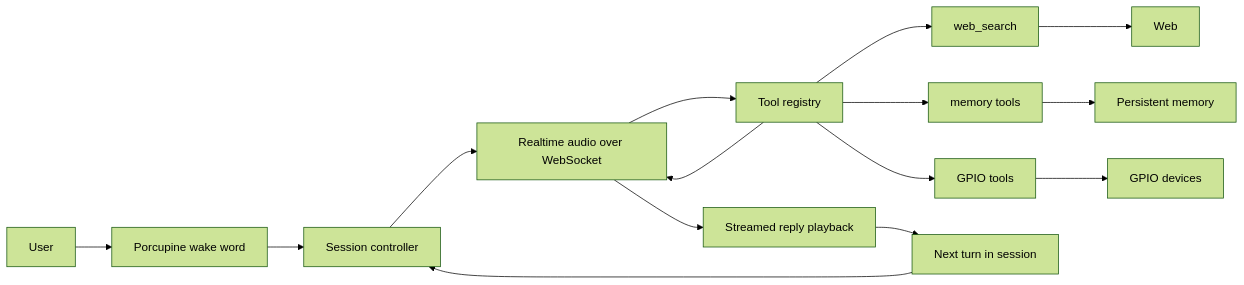
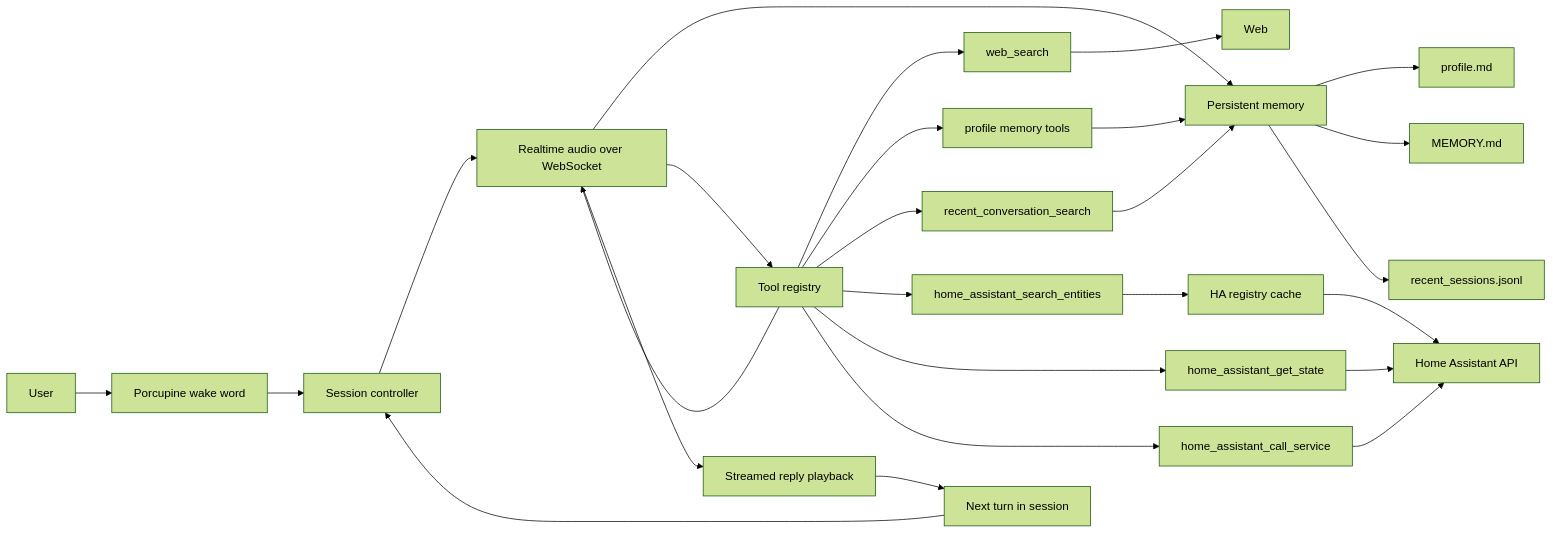
The second of 2 diagrams in README.md (herrkaefer/snowman), drawn with Mermaid (forest theme) before and after one commit. The commit also changed other lines of this file and 1 other file, not shown here.

````diff
--- a/README.md
+++ b/README.md
@@ -76,17 +76,28 @@
 ```mermaid
 flowchart LR
     user["User"] --> wake["Porcupine wake word"]
     wake --> session["Session controller"]
     session --> rt["Realtime audio over WebSocket"]
+    rt --> memory["Persistent memory"]
     rt --> tools["Tool registry"]
     tools --> webTool["web_search"]
     webTool --> web["Web"]
-    tools --> memoryTool["memory tools"]
-    memoryTool --> memory["Persistent memory"]
-    tools --> gpioTool["GPIO tools"]
-    gpioTool --> gpio["GPIO devices"]
+    tools --> profileTool["profile memory tools"]
+    profileTool --> memory
+    tools --> convoTool["recent_conversation_search"]
+    convoTool --> memory
+    tools --> haSearch["home_assistant_search_entities"]
+    tools --> haState["home_assistant_get_state"]
+    tools --> haCall["home_assistant_call_service"]
+    haSearch --> haRegistry["HA registry cache"]
+    haState --> haApi["Home Assistant API"]
+    haCall --> haApi
+    haRegistry --> haApi
+    memory --> profile["profile.md"]
+    memory --> memoryIndex["MEMORY.md"]
+    memory --> conversations["recent_sessions.jsonl"]
     tools --> rt
     rt --> speaker["Streamed reply playback"]
     speaker --> next["Next turn in session"]
     next --> session
 ```
````
